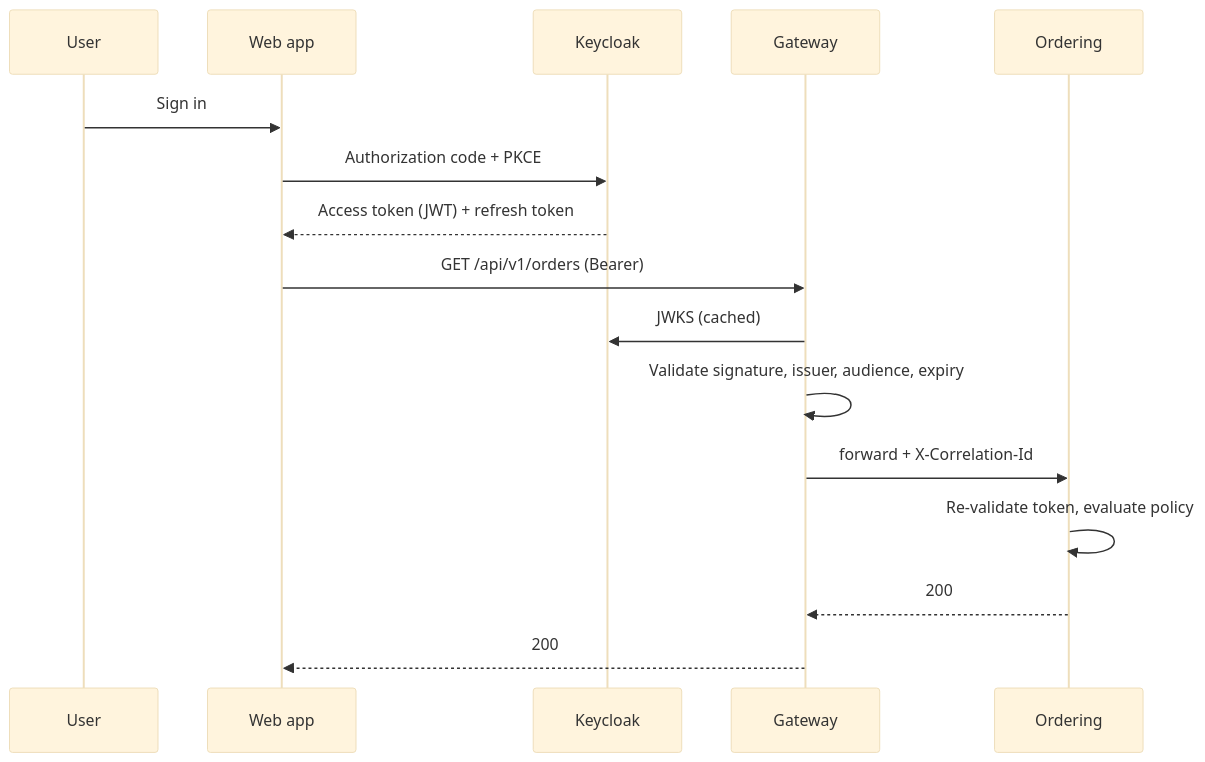
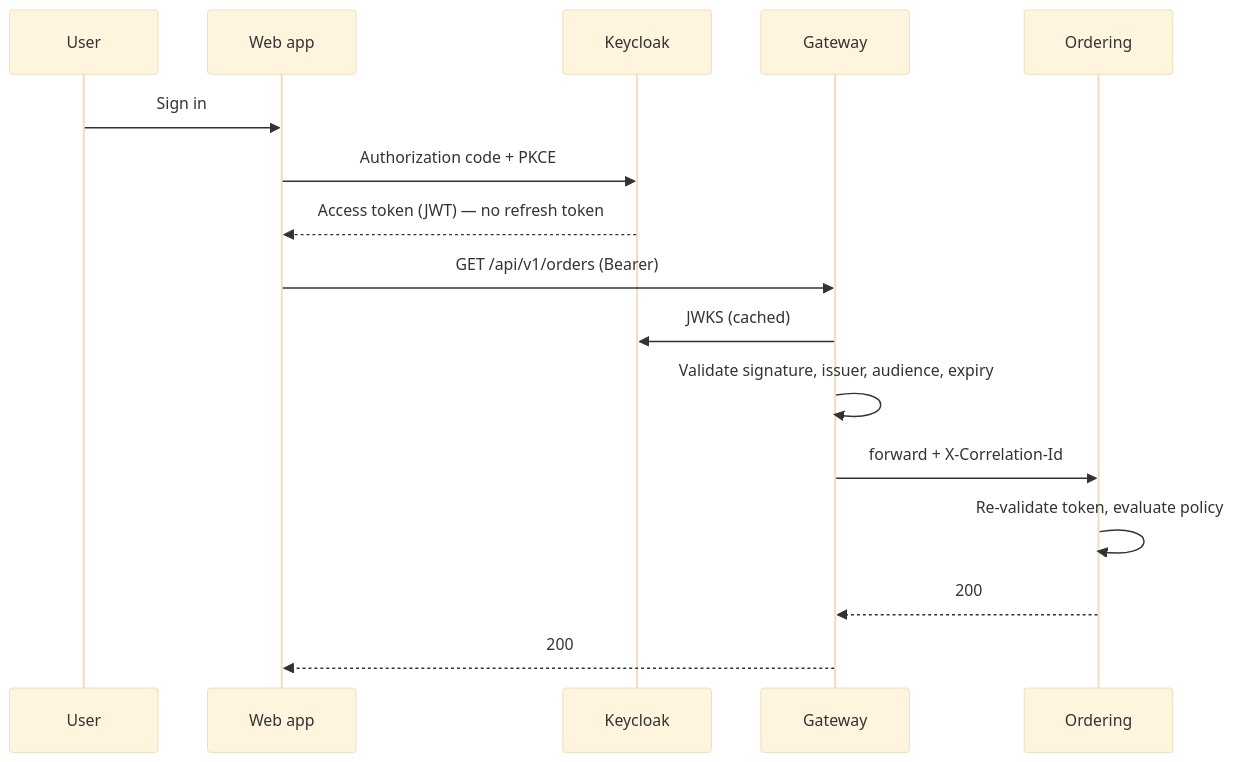
The first of 2 diagrams in docs/backend-architecture/11-identity-authorization.md (alexander-shamray/dotnet-ddd-blueprint), drawn with Mermaid (base theme) before and after one commit. The commit also changed other lines of this file and 8 other files, not shown here.

````diff
--- a/docs/backend-architecture/11-identity-authorization.md
+++ b/docs/backend-architecture/11-identity-authorization.md
@@ -29,19 +39,19 @@
 ```mermaid
 sequenceDiagram
     participant U as User
     participant W as Web app
     participant K as Keycloak
     participant G as Gateway
     participant O as Ordering
 
     U->>W: Sign in
     W->>K: Authorization code + PKCE
-    K-->>W: Access token (JWT) + refresh token
+    K-->>W: Access token (JWT) — no refresh token
     W->>G: GET /api/v1/orders  (Bearer)
     G->>K: JWKS (cached)
     G->>G: Validate signature, issuer, audience, expiry
     G->>O: forward + X-Correlation-Id
     O->>O: Re-validate token, evaluate policy
     O-->>G: 200
     G-->>W: 200
 ```
````
